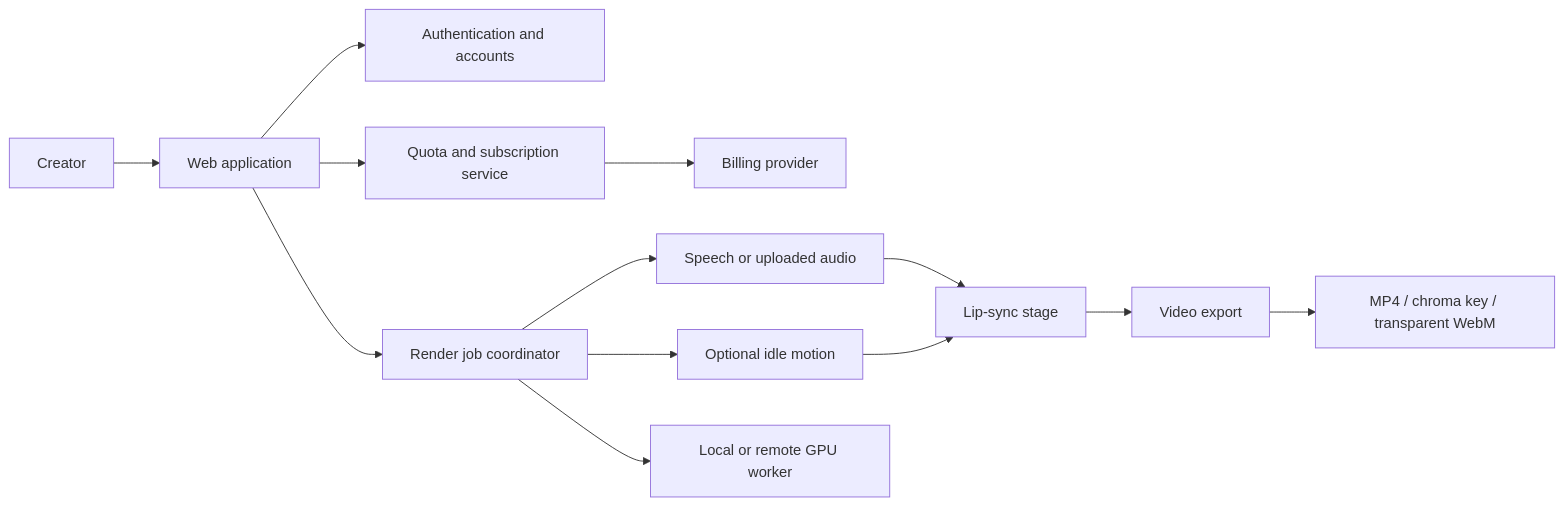
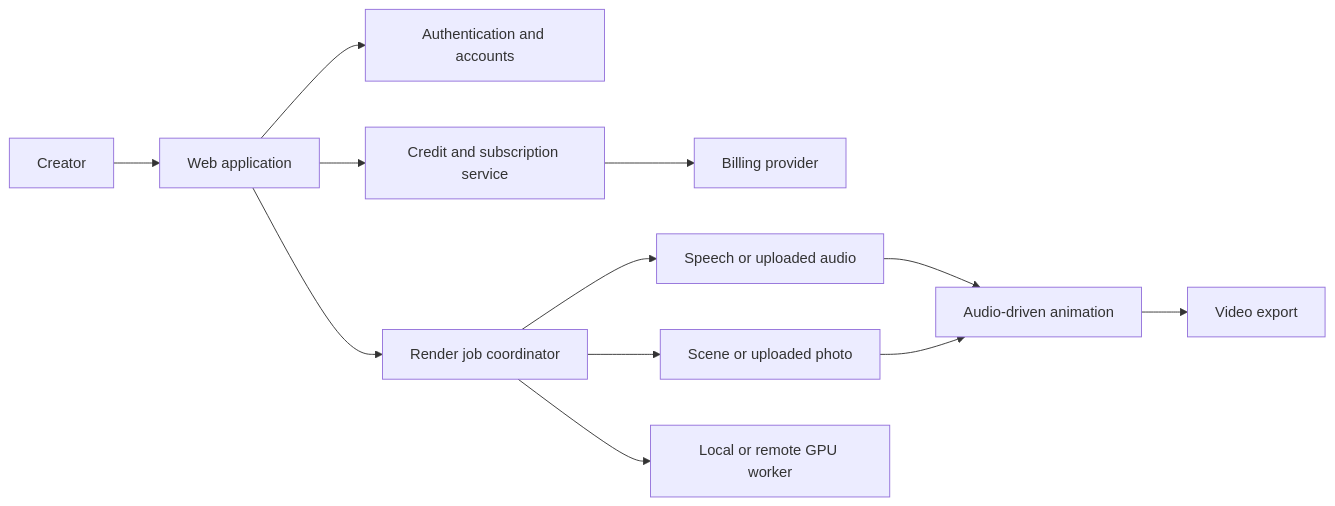
Before and after one commit to Aradhel/aitube-production-case-study: the diagram in README.md, drawn with Mermaid. The commit also changed other lines of this file, not shown here.

````diff
--- a/README.md
+++ b/README.md
@@ -58,15 +67,14 @@
 ```mermaid
 flowchart LR
     U[Creator] --> W[Web application]
     W --> A[Authentication and accounts]
-    W --> Q[Quota and subscription service]
+    W --> Q[Credit and subscription service]
     Q --> B[Billing provider]
     W --> J[Render job coordinator]
     J --> T[Speech or uploaded audio]
-    J --> I[Optional idle motion]
-    T --> L[Lip-sync stage]
-    I --> L
-    L --> E[Video export]
-    E --> O[MP4 / chroma key / transparent WebM]
+    J --> P[Scene or uploaded photo]
+    T --> R[Audio-driven animation]
+    P --> R
+    R --> E[Video export]
     J --> G[Local or remote GPU worker]
 ```
````
